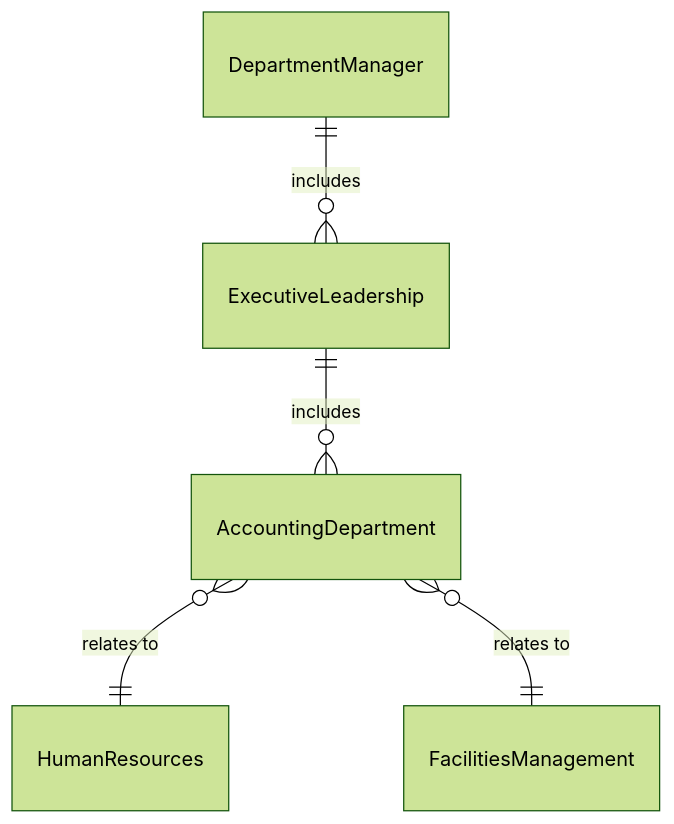
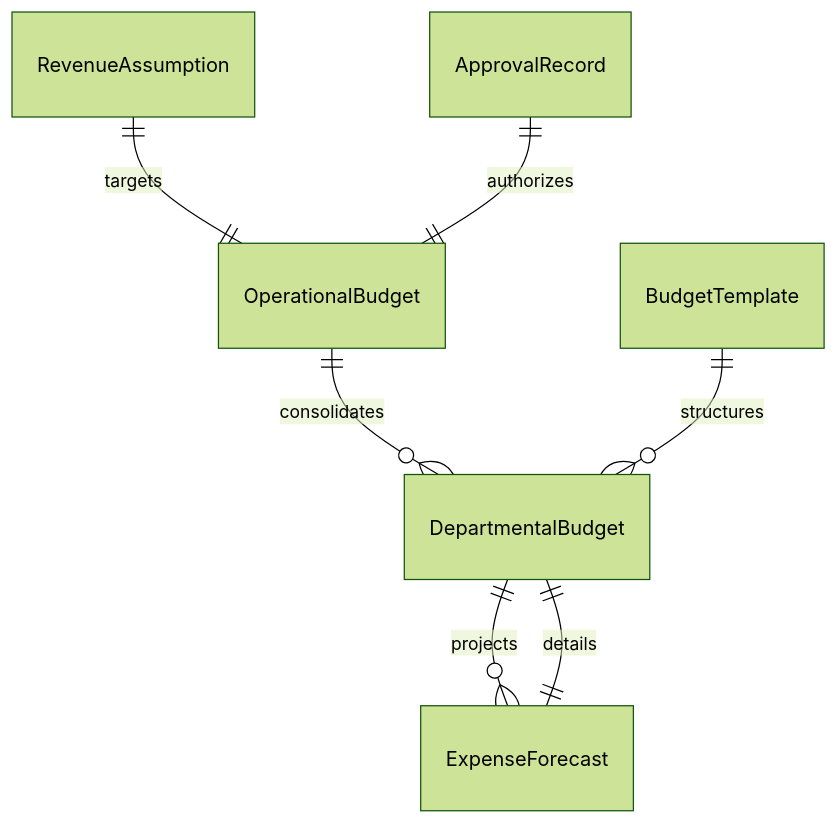
One commit to dot-org-ai/tasks.org.ai changed the first of 4 diagrams in GuidingDirectingAndMotivatingSubordinates/ManageBudgetsOrFinances/PrepareOperationalBudgets.mdx. Above: the diagram before and after it, drawn with Mermaid (forest theme). The commit also changed other lines of this file and 515 other files, not shown here.

````diff
--- a/GuidingDirectingAndMotivatingSubordinates/ManageBudgetsOrFinances/PrepareOperationalBudgets.mdx
+++ b/GuidingDirectingAndMotivatingSubordinates/ManageBudgetsOrFinances/PrepareOperationalBudgets.mdx
@@ -88,7 +88,9 @@
 ```mermaid
 erDiagram
-    DepartmentManager ||--o{ ExecutiveLeadership : includes
-    ExecutiveLeadership ||--o{ AccountingDepartment : includes
-    AccountingDepartment }o--|| HumanResources : "relates to"
-    AccountingDepartment }o--|| FacilitiesManagement : "relates to"
+    OperationalBudget ||--o{ DepartmentalBudget : "consolidates"
+    DepartmentalBudget ||--o{ ExpenseForecast : "projects"
+    RevenueAssumption ||--|| OperationalBudget : "targets"
+    BudgetTemplate ||--o{ DepartmentalBudget : "structures"
+    ApprovalRecord ||--|| OperationalBudget : "authorizes"
+    ExpenseForecast ||--|| DepartmentalBudget : "details"
 ```
````
